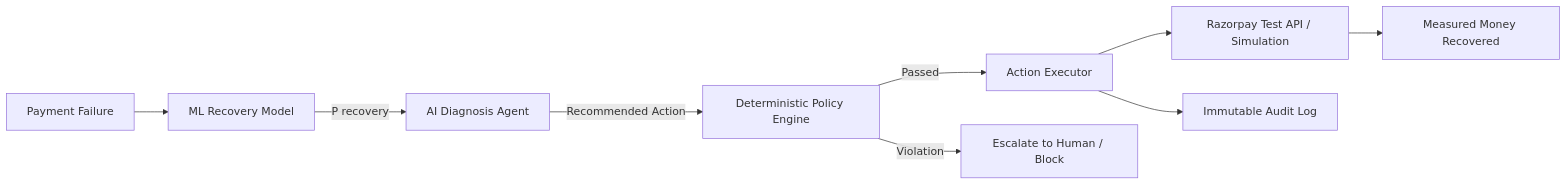
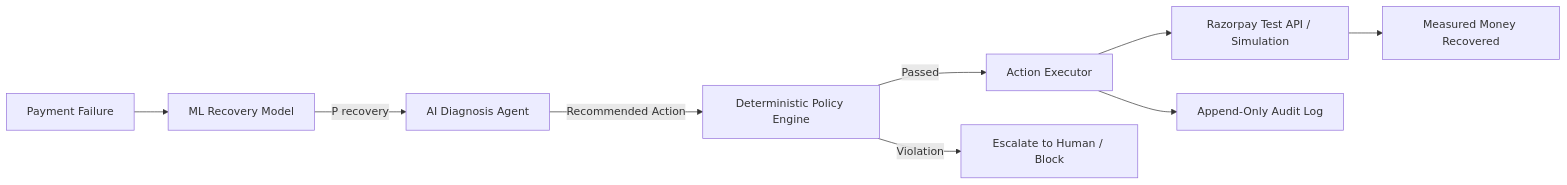
Before and after one commit to SAKET-2005/AI-Revenue-Recovery-System: the diagram in README.md, drawn with Mermaid. The commit also changed other lines of this file and 10 other files, not shown here.

````diff
--- a/README.md
+++ b/README.md
@@ -37,11 +37,11 @@
 ```mermaid
 flowchart LR
     A[Payment Failure] --> B[ML Recovery Model]
     B -->|P recovery| C[AI Diagnosis Agent]
     C -->|Recommended Action| D[Deterministic Policy Engine]
     D -->|Passed| E[Action Executor]
     D -->|Violation| F[Escalate to Human / Block]
     E --> G[Razorpay Test API / Simulation]
-    E --> H[Immutable Audit Log]
+    E --> H[Append-Only Audit Log]
     G --> I[Measured Money Recovered]
 ```
````
